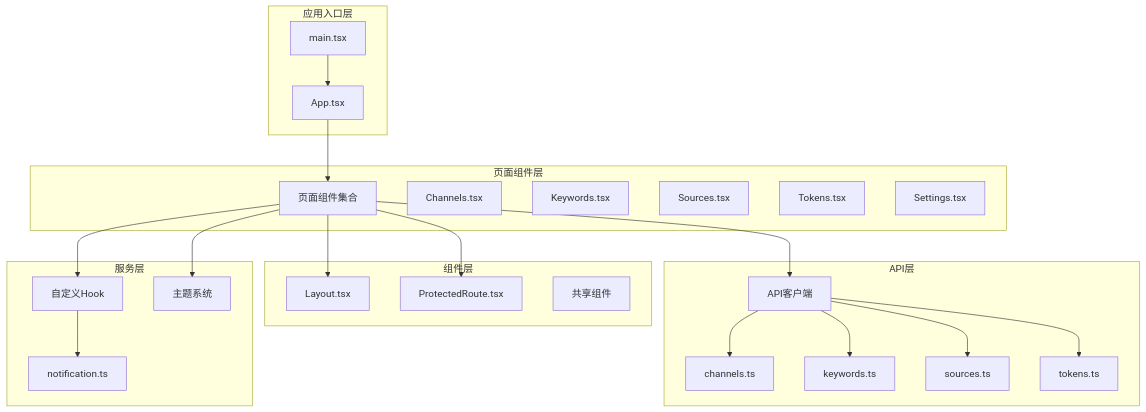
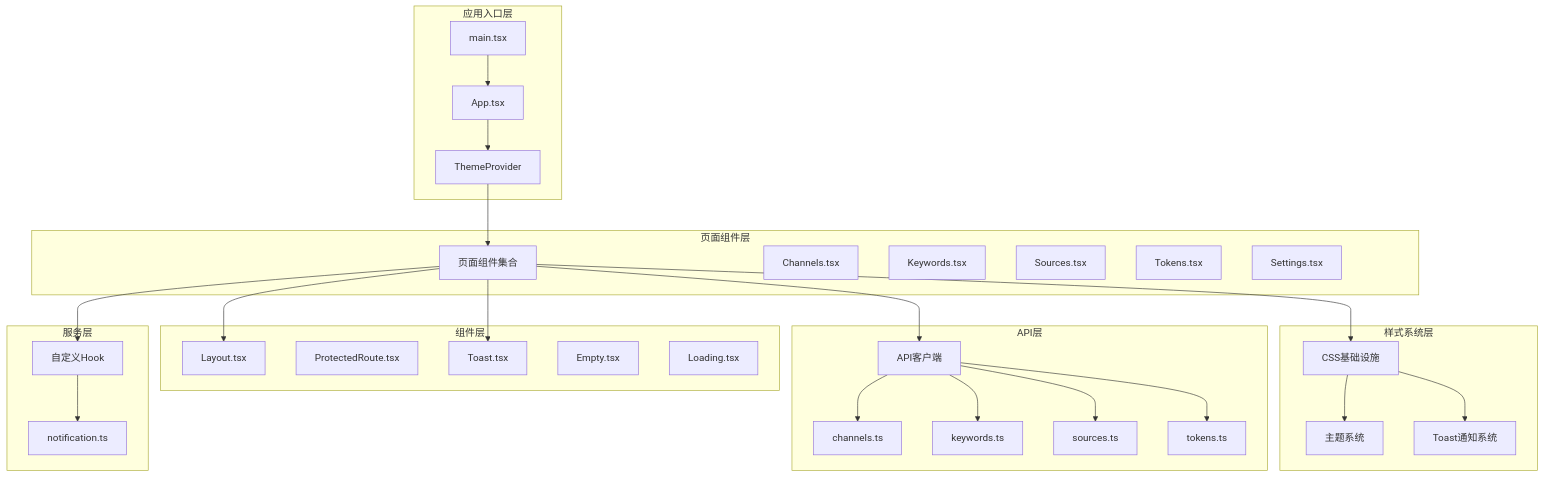
One commit to leimu-hue/AI-Trend-Tool changed the first of 13 diagrams in .qoder/repowiki/zh/content/开发指南/前端管理页面规范.md. Above: the diagram before and after it, drawn with Mermaid. The commit also changed other lines of this file and 5 other files, not shown here.

````diff
--- a/.qoder/repowiki/zh/content/开发指南/前端管理页面规范.md
+++ b/.qoder/repowiki/zh/content/开发指南/前端管理页面规范.md
@@ -51,44 +55,54 @@
 ```mermaid
 graph TB
 subgraph "应用入口层"
 Main["main.tsx"]
 App["App.tsx"]
+ThemeProvider["ThemeProvider"]
 end
 subgraph "页面组件层"
 Pages["页面组件集合"]
 Channels["Channels.tsx"]
 Keywords["Keywords.tsx"]
 Sources["Sources.tsx"]
 Tokens["Tokens.tsx"]
 Settings["Settings.tsx"]
 end
 subgraph "组件层"
 Layout["Layout.tsx"]
 ProtectedRoute["ProtectedRoute.tsx"]
-SharedComponents["共享组件"]
+Toast["Toast.tsx"]
+Empty["Empty.tsx"]
+Loading["Loading.tsx"]
+end
+subgraph "样式系统层"
+CSSInfrastructure["CSS基础设施"]
+ThemeSystem["主题系统"]
+ToastSystem["Toast通知系统"]
 end
 subgraph "API层"
 APIClient["API客户端"]
 ChannelsAPI["channels.ts"]
 KeywordsAPI["keywords.ts"]
 SourcesAPI["sources.ts"]
 TokensAPI["tokens.ts"]
 end
 subgraph "服务层"
 Hooks["自定义Hook"]
 Notification["notification.ts"]
-Theme["主题系统"]
 end
 Main --> App
-App --> Pages
+App --> ThemeProvider
+ThemeProvider --> Pages
 Pages --> Layout
-Pages --> ProtectedRoute
+Pages --> Toast
 Pages --> APIClient
 APIClient --> ChannelsAPI
 APIClient --> KeywordsAPI
 APIClient --> SourcesAPI
 APIClient --> TokensAPI
 Pages --> Hooks
 Hooks --> Notification
-Pages --> Theme
+Pages --> CSSInfrastructure
+CSSInfrastructure --> ThemeSystem
+CSSInfrastructure --> ToastSystem
 ```
````
